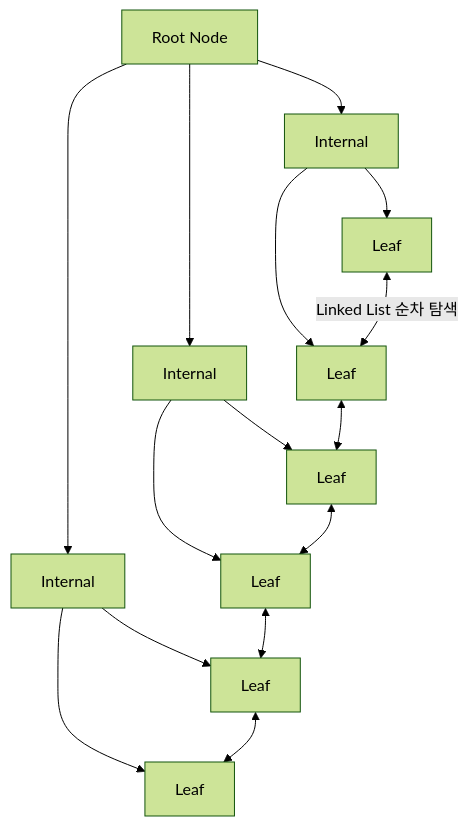
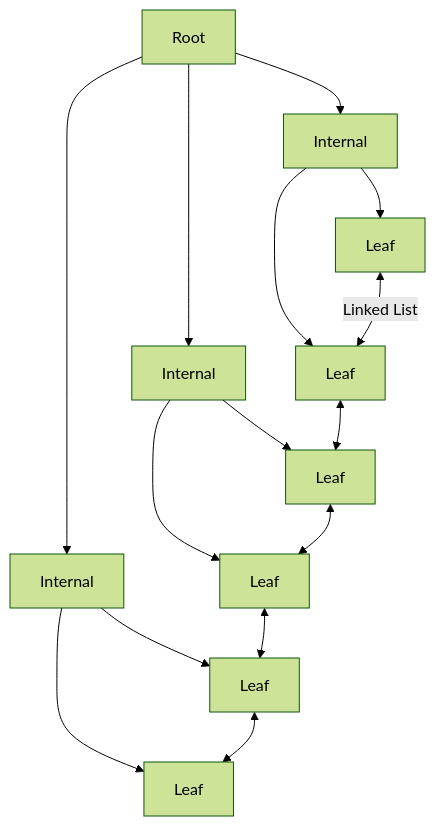
Before and after one commit to yjkim2015/yjkim2015.github.io: the fourth of 10 diagrams in _posts/db/2026-05-01-db-internals.md, drawn with Mermaid (forest theme). The commit also changed other lines of this file and 215 other files, not shown here.

First line of the commit message:
신규 포스트 10개 추가 + Mermaid 전면 축소 + SystemDesign 시리즈 보강

````diff
--- a/_posts/db/2026-05-01-db-internals.md
+++ b/_posts/db/2026-05-01-db-internals.md
@@ -131,17 +130,8 @@
 ```mermaid
 graph TD
-    Root[Root Node] --> I1[Internal]
-    Root --> I2[Internal]
-    Root --> I3[Internal]
-    I1 --> L1[Leaf]
-    I1 --> L2[Leaf]
-    I2 --> L3[Leaf]
-    I2 --> L4[Leaf]
-    I3 --> L5[Leaf]
-    I3 --> L6[Leaf]
-    L1 <-->|Linked List 순차 탐색| L2
-    L2 <--> L3
-    L3 <--> L4
-    L4 <--> L5
-    L5 <--> L6
+    Root --> I1[Internal] & I2[Internal] & I3[Internal]
+    I1 --> L1[Leaf] & L2[Leaf]
+    I2 --> L3[Leaf] & L4[Leaf]
+    I3 --> L5[Leaf] & L6[Leaf]
+    L1 <-->|"Linked List"| L2 <--> L3 <--> L4 <--> L5 <--> L6
 ```
````
